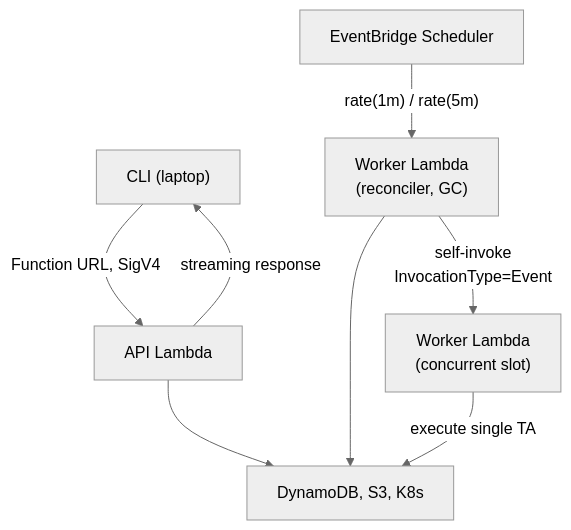
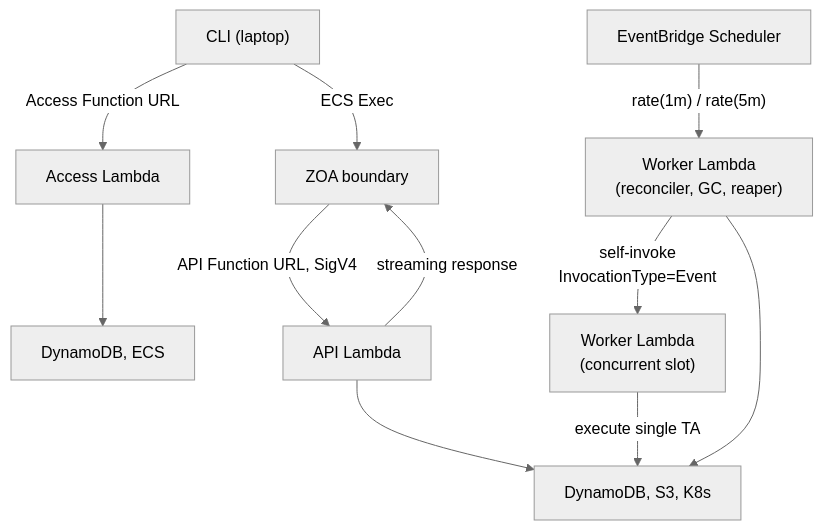
The diagram in docs/architecture/lambda-model.md (slopezz/rosa-hyperfleet-zoa), drawn with Mermaid (neutral theme) before and after one commit. The commit also changed other lines of this file and 1 other file, not shown here.

First line of the commit message:
docs: reflect shipped boundary, Access Function URL, and reaper

````diff
--- a/docs/architecture/lambda-model.md
+++ b/docs/architecture/lambda-model.md
@@ -88,12 +92,15 @@
 ```mermaid
 graph TD
-    CLI["CLI (laptop)"] -->|"Function URL, SigV4"| API["API Lambda"]
-    API -->|"streaming response"| CLI
+    CLI["CLI (laptop)"] -->|"Access Function URL"| Access["Access Lambda"]
+    CLI -->|"ECS Exec"| Boundary["ZOA boundary"]
+    Boundary -->|"API Function URL, SigV4"| API["API Lambda"]
+    API -->|"streaming response"| Boundary
 
-    EB["EventBridge Scheduler"] -->|"rate(1m) / rate(5m)"| Worker["Worker Lambda<br/>(reconciler, GC)"]
+    EB["EventBridge Scheduler"] -->|"rate(1m) / rate(5m)"| Worker["Worker Lambda<br/>(reconciler, GC, reaper)"]
     Worker -->|"self-invoke<br/>InvocationType=Event"| Slot["Worker Lambda<br/>(concurrent slot)"]
 
-    API --> Data["DynamoDB, S3, K8s"]
-    Worker --> Data
-    Slot -->|"execute single TA"| Data
+    Access --> Data["DynamoDB, ECS"]
+    API --> Data2["DynamoDB, S3, K8s"]
+    Worker --> Data2
+    Slot -->|"execute single TA"| Data2
 ```
````
